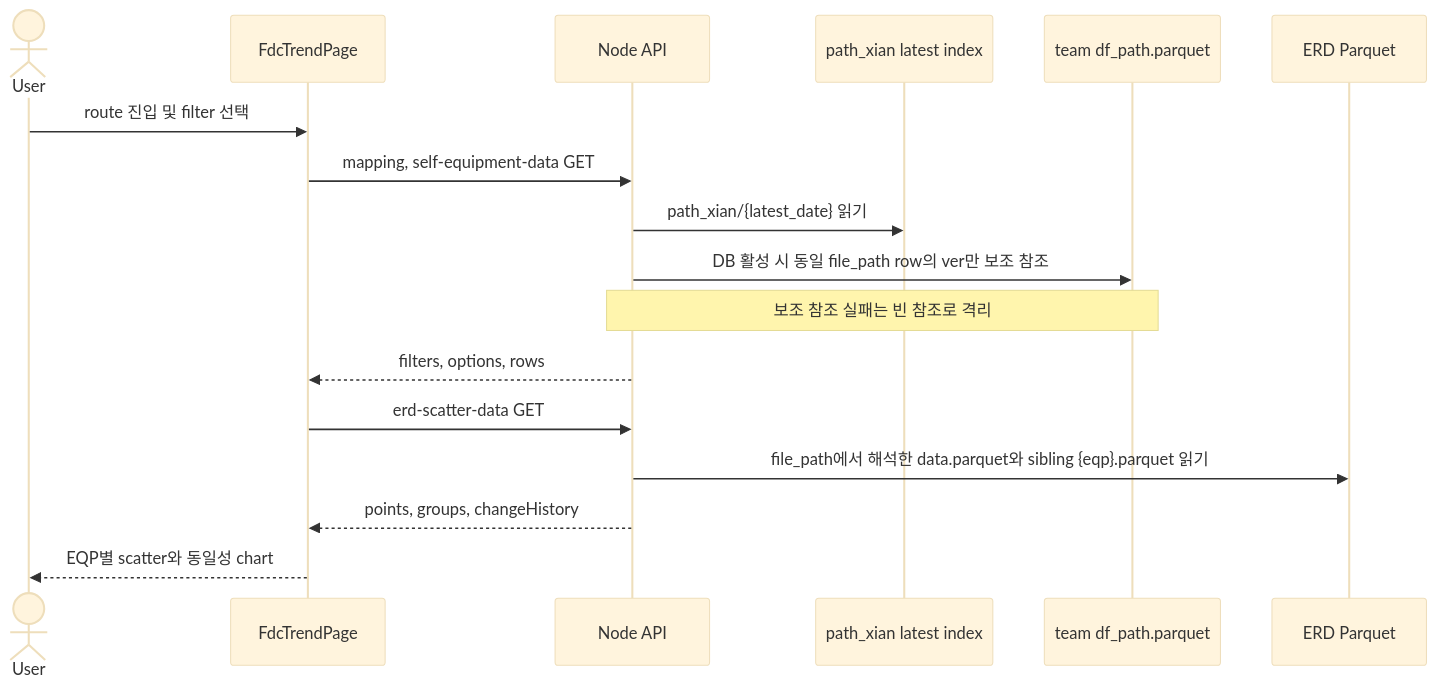
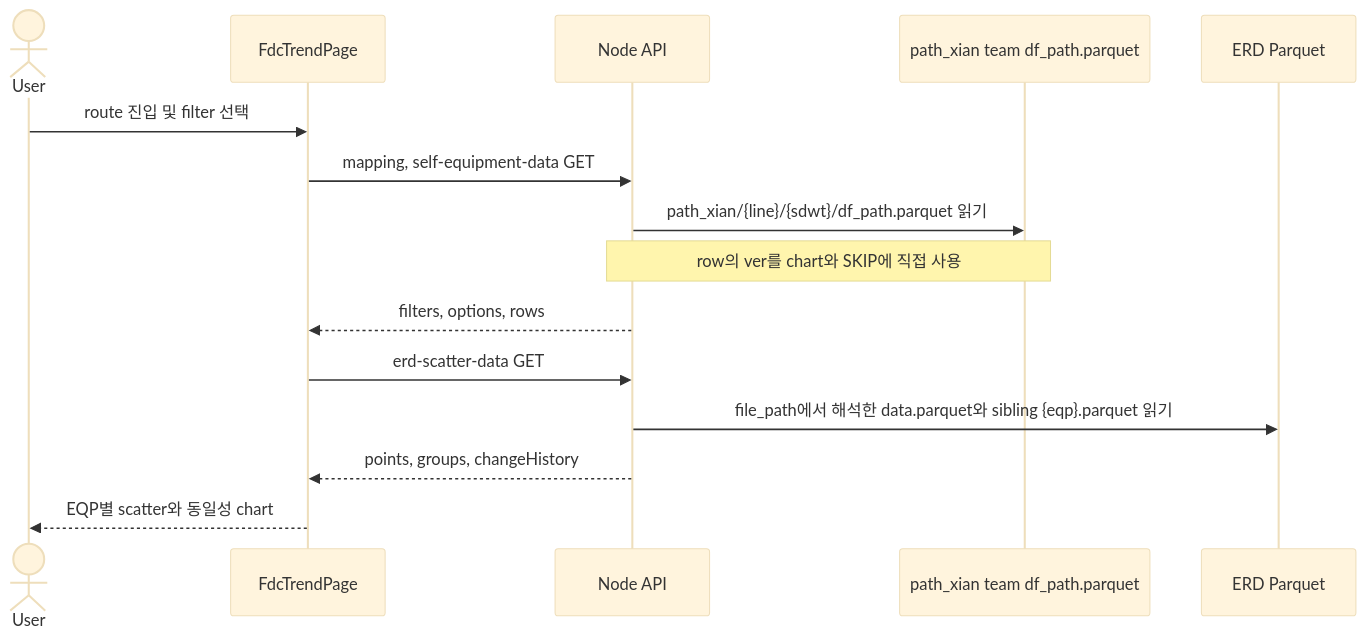
Before and after one commit to mlbarod/l0_spider_scs: the diagram in docs/features/self-equipment.md, drawn with Mermaid (base theme). The commit also changed other lines of this file and 19 other files, not shown here.

````diff
--- a/docs/features/self-equipment.md
+++ b/docs/features/self-equipment.md
@@ -154,19 +157,17 @@
 ```mermaid
 sequenceDiagram
     actor User
     participant Browser as FdcTrendPage
     participant API as Node API
-    participant Index as path_xian latest index
-    participant Ref as team df_path.parquet
+    participant TeamPath as path_xian team df_path.parquet
     participant Erd as ERD Parquet
     User->>Browser: route 진입 및 filter 선택
     Browser->>API: mapping, self-equipment-data GET
-    API->>Index: path_xian/{latest_date} 읽기
-    API->>Ref: DB 활성 시 동일 file_path row의 ver만 보조 참조
-    Note over API,Ref: 보조 참조 실패는 빈 참조로 격리
+    API->>TeamPath: path_xian/{line}/{sdwt}/df_path.parquet 읽기
+    Note over API,TeamPath: row의 ver를 chart와 SKIP에 직접 사용
     API-->>Browser: filters, options, rows
     Browser->>API: erd-scatter-data GET
     API->>Erd: file_path에서 해석한 data.parquet와 sibling {eqp}.parquet 읽기
     API-->>Browser: points, groups, changeHistory
     Browser-->>User: EQP별 scatter와 동일성 chart
 ```
````
